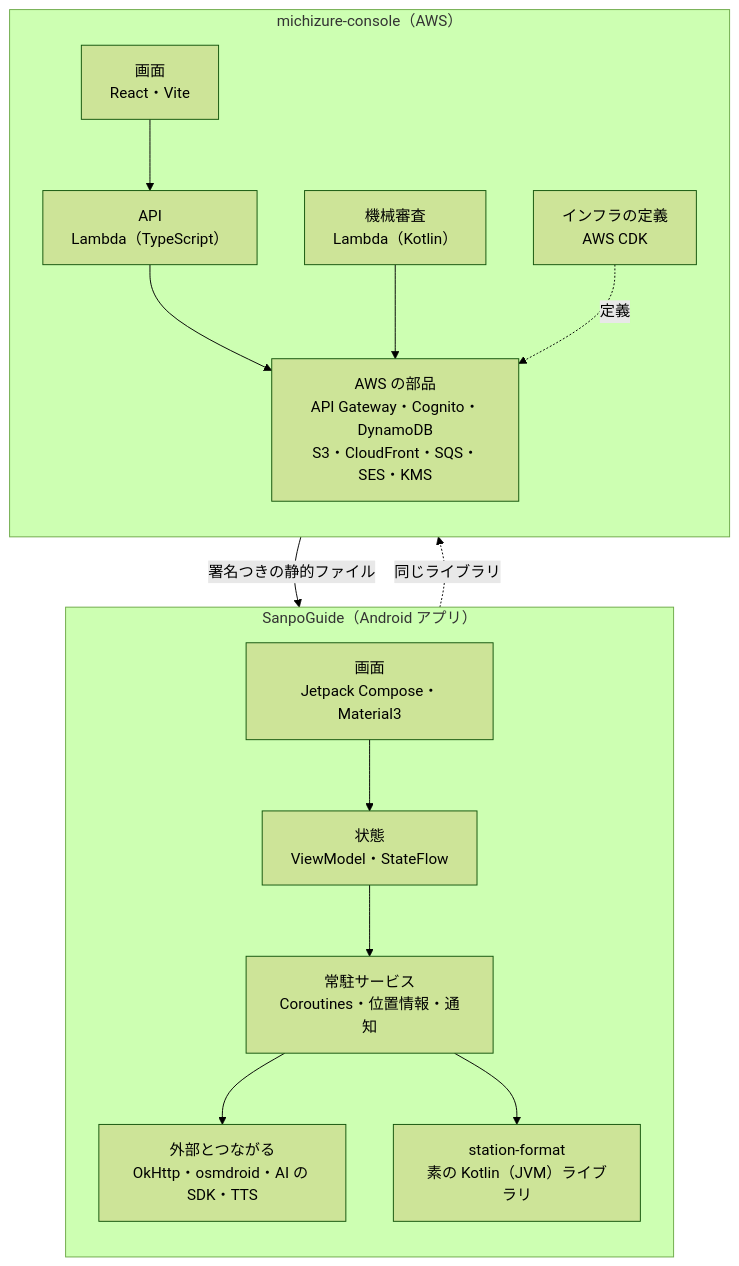
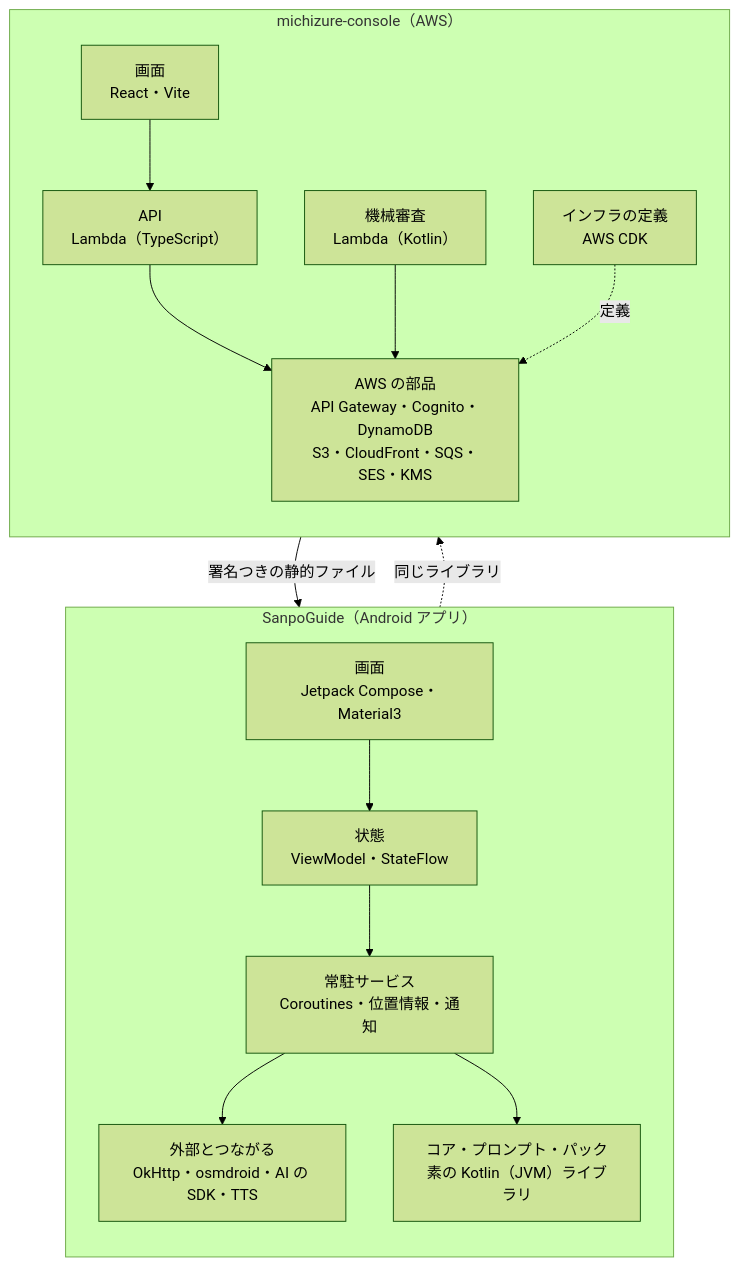
Before and after one commit to duwenji/yorisoi-tutorial: the diagram in 00-overview/02-technology-map.md, drawn with Mermaid (forest theme). The commit also changed other lines of this file and 18 other files, not shown here.

Commit message:
docs: 第 0・1・4・6〜9 部と技術カードの station-format の記述を、コアとプロンプト・パックに直す

````diff
--- a/00-overview/02-technology-map.md
+++ b/00-overview/02-technology-map.md
@@ -15,26 +15,26 @@
 ```mermaid
 flowchart TB
     subgraph SG["SanpoGuide（Android アプリ）"]
         direction TB
         UI["画面<br/>Jetpack Compose・Material3"]
         VM["状態<br/>ViewModel・StateFlow"]
         SVC["常駐サービス<br/>Coroutines・位置情報・通知"]
         NET["外部とつながる<br/>OkHttp・osmdroid・AI の SDK・TTS"]
-        SF["station-format<br/>素の Kotlin（JVM）ライブラリ"]
+        SF["コア・プロンプト・パック<br/>素の Kotlin（JVM）ライブラリ"]
         UI --> VM --> SVC --> NET
         SVC --> SF
     end
     subgraph SCC["michizure-console（AWS）"]
         direction TB
         WEB["画面<br/>React・Vite"]
         API["API<br/>Lambda（TypeScript）"]
         VAL["機械審査<br/>Lambda（Kotlin）"]
         AWS["AWS の部品<br/>API Gateway・Cognito・DynamoDB<br/>S3・CloudFront・SQS・SES・KMS"]
         CDK["インフラの定義<br/>AWS CDK"]
         WEB --> API --> AWS
         VAL --> AWS
         CDK -.定義.-> AWS
     end
     SF -.同じライブラリ.-> VAL
     AWS -->|署名つきの静的ファイル| NET
 ```
````
